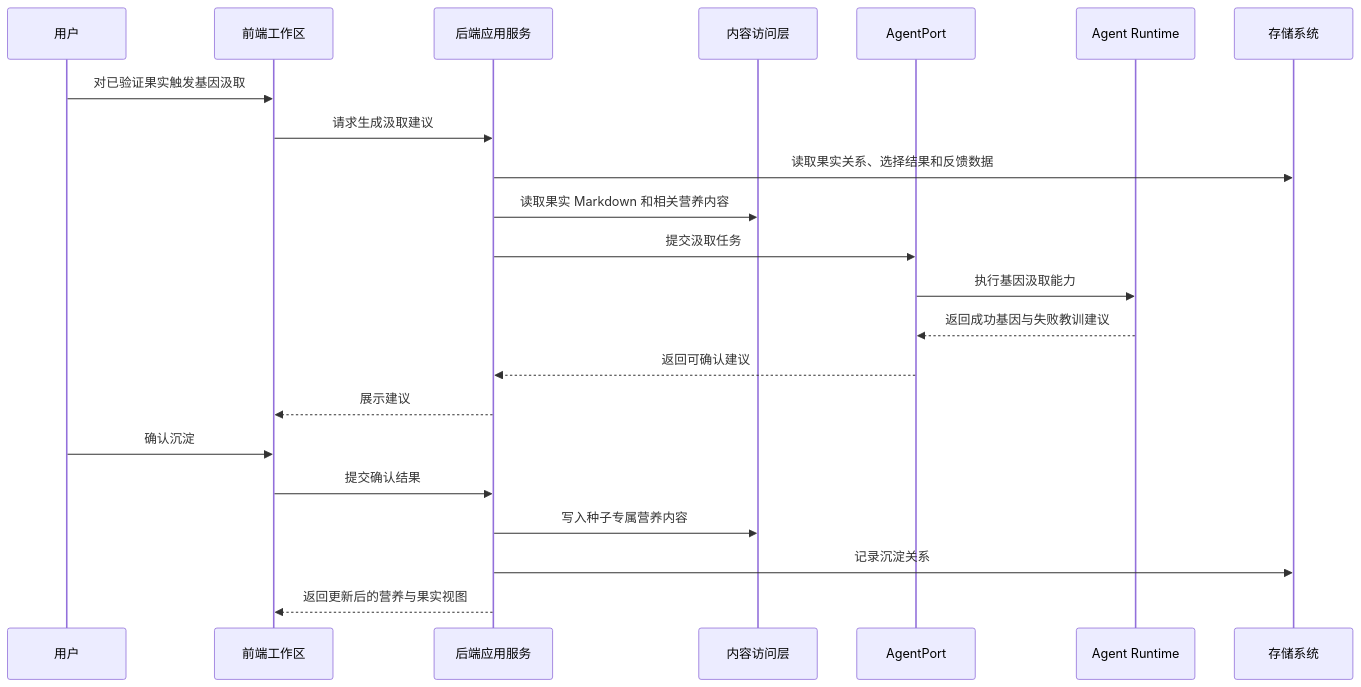
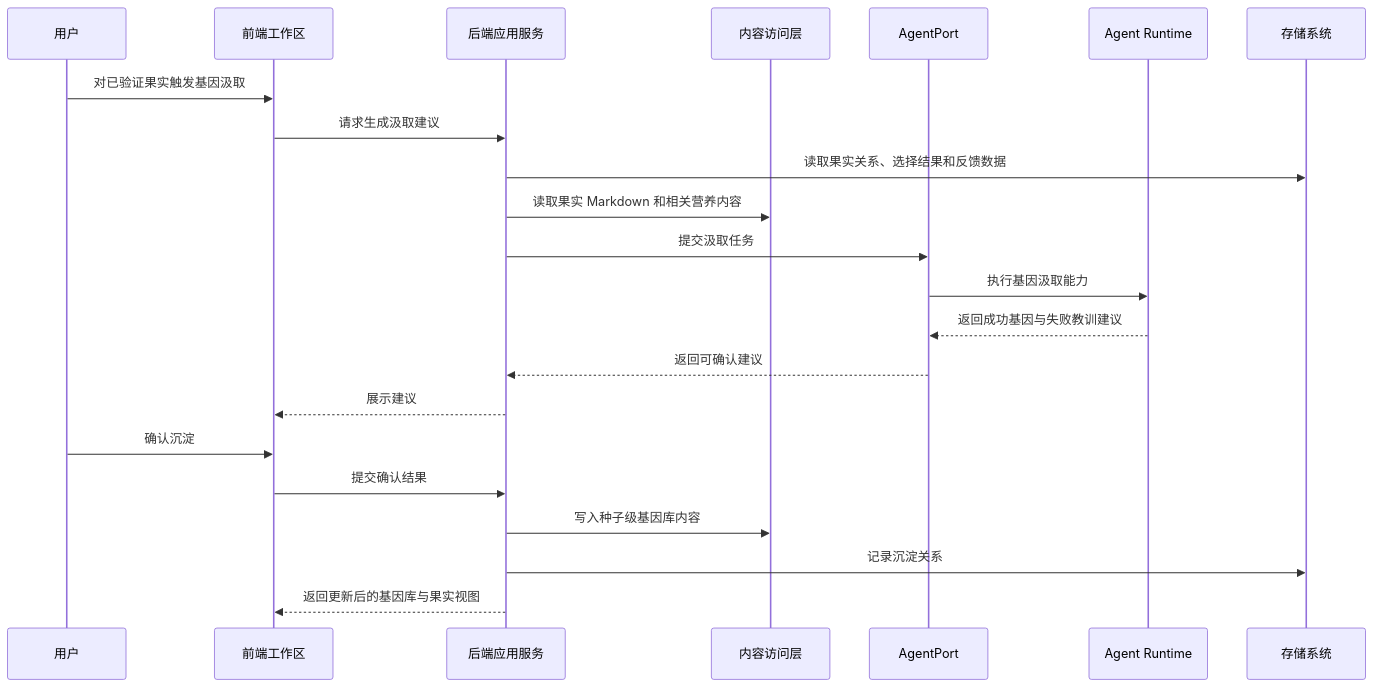
The fifth of 6 diagrams in docs/design/内容森林架构设计文档.md (Time-Machine-Lab/ContentForest), drawn with Mermaid before and after one commit. The commit also changed other lines of this file and 32 other files, not shown here.

````diff
--- a/docs/design/内容森林架构设计文档.md
+++ b/docs/design/内容森林架构设计文档.md
@@ -196,25 +197,25 @@
 ```mermaid
 sequenceDiagram
     participant U as 用户
     participant F as 前端工作区
     participant B as 后端应用服务
     participant C as 内容访问层
     participant A as AgentPort
     participant R as Agent Runtime
     participant S as 存储系统
 
     U->>F: 对已验证果实触发基因汲取
     F->>B: 请求生成汲取建议
     B->>S: 读取果实关系、选择结果和反馈数据
     B->>C: 读取果实 Markdown 和相关营养内容
     B->>A: 提交汲取任务
     A->>R: 执行基因汲取能力
     R-->>A: 返回成功基因与失败教训建议
     A-->>B: 返回可确认建议
     B-->>F: 展示建议
     U->>F: 确认沉淀
     F->>B: 提交确认结果
-    B->>C: 写入种子专属营养内容
+    B->>C: 写入种子级基因库内容
     B->>S: 记录沉淀关系
-    B-->>F: 返回更新后的营养与果实视图
+    B-->>F: 返回更新后的基因库与果实视图
 ```
````
